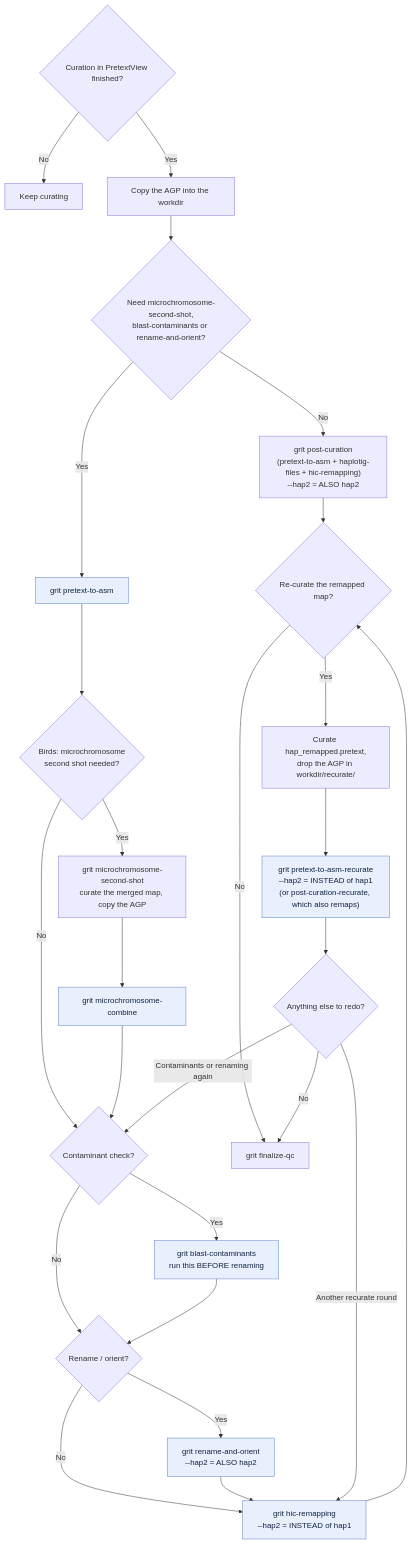
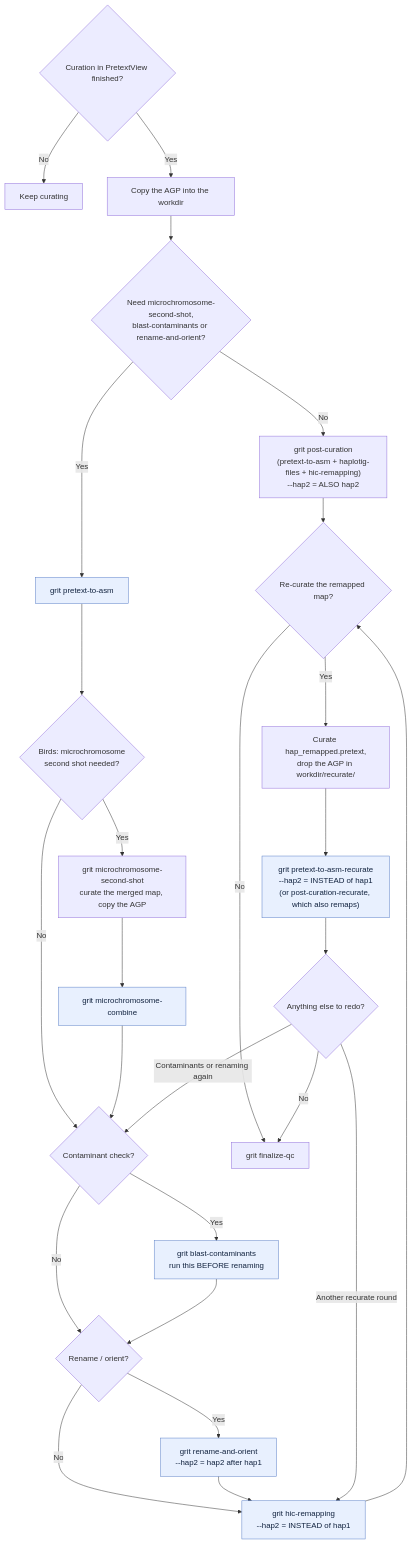
One commit to zilov/grit changed the diagram in docs/recuration-canonical-priority.md. Above: the diagram before and after it, drawn with Mermaid. The commit also changed 5 other files, not shown here.

Commit message:
fix(rename-and-orient): --hap2 reuses a finished hap1 run instead of resubmitting hap1

````diff
--- a/docs/recuration-canonical-priority.md
+++ b/docs/recuration-canonical-priority.md
@@ -219,42 +219,42 @@
 ```mermaid
 flowchart TD
     A{"Curation in PretextView finished?"} -->|No| A1["Keep curating"]
     A -->|Yes| B["Copy the AGP into the workdir"]
     B --> C{"Need microchromosome-second-shot,<br/>blast-contaminants or rename-and-orient?"}
 
     C -->|No| P0["grit post-curation<br/>(pretext-to-asm + haplotig-files + hic-remapping)<br/>--hap2 = ALSO hap2"]
     C -->|Yes| D["grit pretext-to-asm"]
 
     D --> E{"Birds: microchromosome<br/>second shot needed?"}
     E -->|Yes| E1["grit microchromosome-second-shot<br/>curate the merged map, copy the AGP"]
     E -->|No| G
     E1 --> E2["grit microchromosome-combine"]
     E2 --> G
 
     G{"Contaminant check?"}
     G -->|Yes| G1["grit blast-contaminants<br/>run this BEFORE renaming"]
     G -->|No| H
     G1 --> H
 
     H{"Rename / orient?"}
-    H -->|Yes| H1["grit rename-and-orient<br/>--hap2 = ALSO hap2"]
+    H -->|Yes| H1["grit rename-and-orient<br/>--hap2 = hap2 after hap1"]
     H -->|No| R
     H1 --> R
 
     R["grit hic-remapping<br/>--hap2 = INSTEAD of hap1"]
     P0 --> I
     R --> I
 
     I{"Re-curate the remapped map?"}
     I -->|No| Z["grit finalize-qc"]
     I -->|Yes| K["Curate hap_remapped.pretext,<br/>drop the AGP in workdir/recurate/"]
     K --> L["grit pretext-to-asm-recurate<br/>--hap2 = INSTEAD of hap1<br/>(or post-curation-recurate, which also remaps)"]
 
     L --> J{"Anything else to redo?"}
     J -->|"Contaminants or renaming again"| G
     J -->|"Another recurate round"| R
     J -->|No| Z
 
     classDef canonical fill:#e8f0fe,stroke:#5b7fc7,color:#12233f
     class D,E2,G1,H1,L,R canonical
 ```
````
